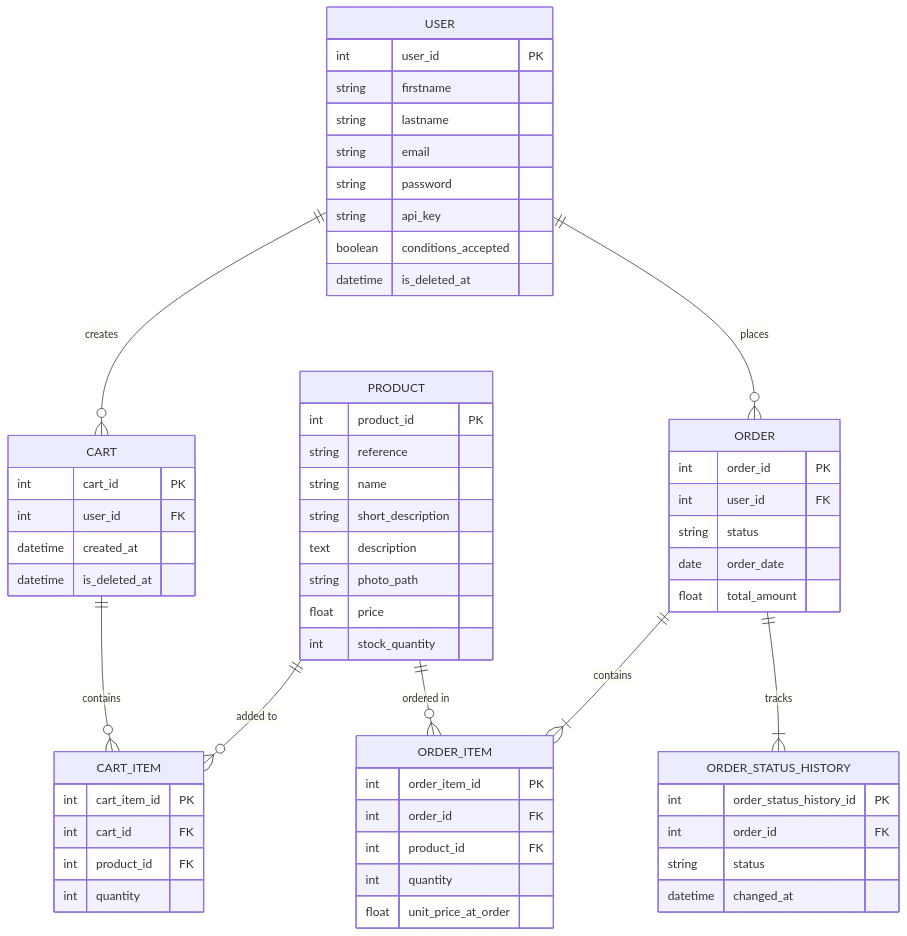
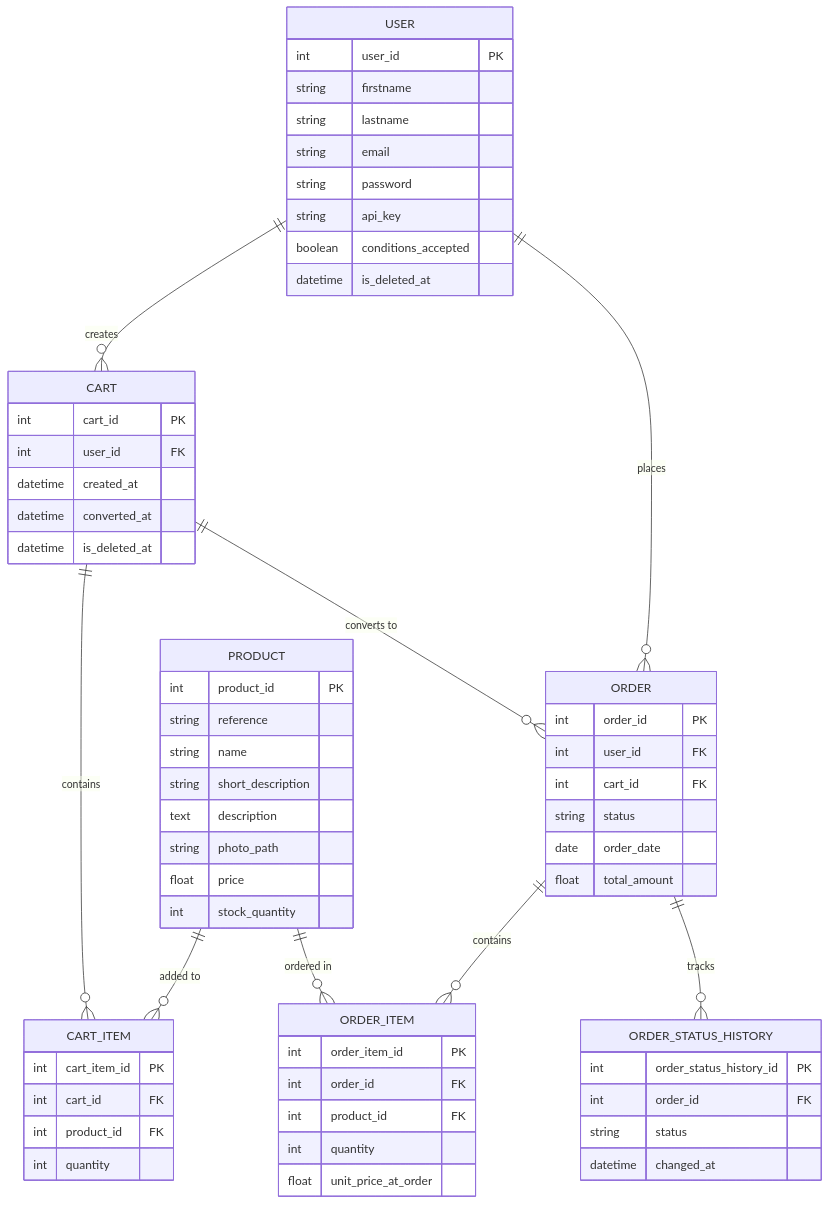
One commit to Squarenoize/ForgeChene changed the diagram in diagrammeBaseDeDonnees.mmd. Above: the diagram before and after it, drawn with Mermaid. The commit also changed 12 other files, not shown here.

Commit message:
feat: implement order management system; add order, order item, and order status history entities with relationships

```diff
--- a/diagrammeBaseDeDonnees.mmd
+++ b/diagrammeBaseDeDonnees.mmd
@@ -1,67 +1,70 @@
 erDiagram
     USER ||--o{ CART : creates
     USER ||--o{ ORDER : places
     CART ||--o{ CART_ITEM : contains
+    CART ||--o{ ORDER : "converts to"
     PRODUCT ||--o{ CART_ITEM : "added to"
     PRODUCT ||--o{ ORDER_ITEM : "ordered in"
-    ORDER ||--|{ ORDER_ITEM : contains
-    ORDER ||--|{ ORDER_STATUS_HISTORY : "tracks"
+    ORDER ||--o{ ORDER_ITEM : contains
+    ORDER ||--o{ ORDER_STATUS_HISTORY : "tracks"
 
     USER {
         int user_id PK
         string firstname
         string lastname
         string email
         string password
         string api_key
         boolean conditions_accepted
         datetime is_deleted_at
     }
 
     PRODUCT {
         int product_id PK
         string reference
         string name
         string short_description
         text description
         string photo_path
         float price
         int stock_quantity
     }
 
     CART {
         int cart_id PK
         int user_id FK
         datetime created_at
+        datetime converted_at
         datetime is_deleted_at
     }
 
     CART_ITEM {
         int cart_item_id PK
         int cart_id FK
         int product_id FK
         int quantity
     }
 
     ORDER {
         int order_id PK
         int user_id FK
+        int cart_id FK
         string status
         date order_date
         float total_amount
     }
 
     ORDER_ITEM {
         int order_item_id PK
         int order_id FK
         int product_id FK
         int quantity
         float unit_price_at_order
     }
 
     ORDER_STATUS_HISTORY {
         int order_status_history_id PK
         int order_id FK
         string status
         datetime changed_at
     }
```
